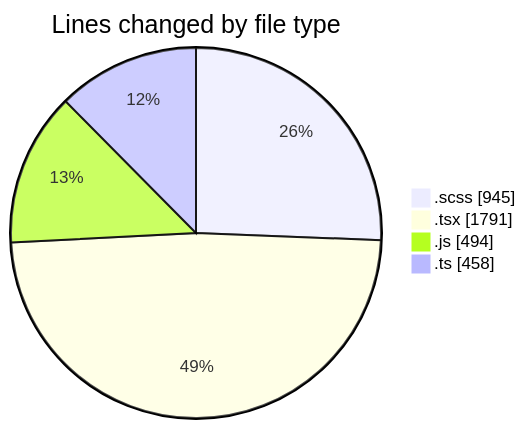
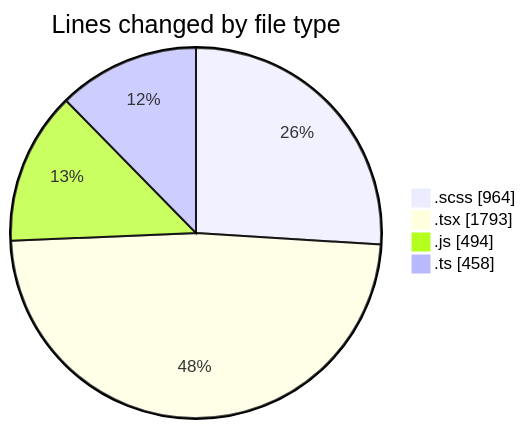
Before and after one commit to momahboobian/code-tracking: the first of 2 diagrams in 2025-03-14/cda/README.md, drawn with Mermaid. The commit also changed other lines of this file and 1 other file, not shown here.

````diff
--- a/2025-03-14/cda/README.md
+++ b/2025-03-14/cda/README.md
@@ -39,8 +40,8 @@
 ```mermaid
 pie showData
 title Lines changed by file type
-".scss" : 945
-".tsx" : 1791
+".scss" : 964
+".tsx" : 1793
 ".js" : 494
 ".ts" : 458
 ```
````
